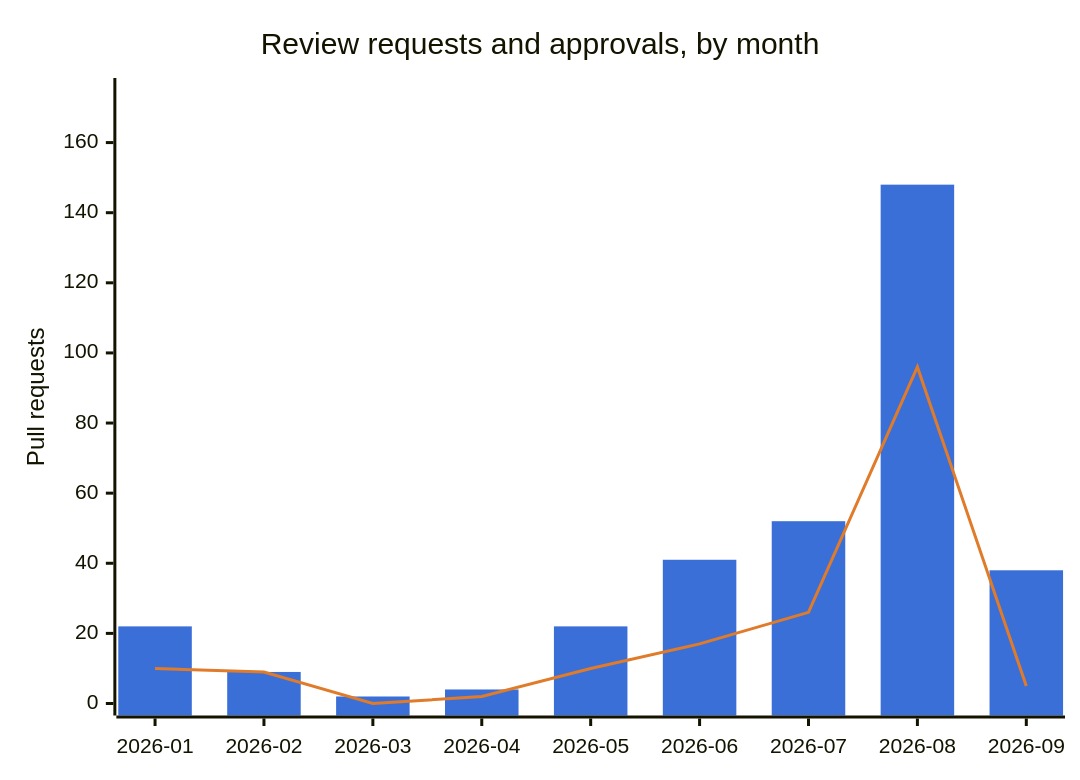
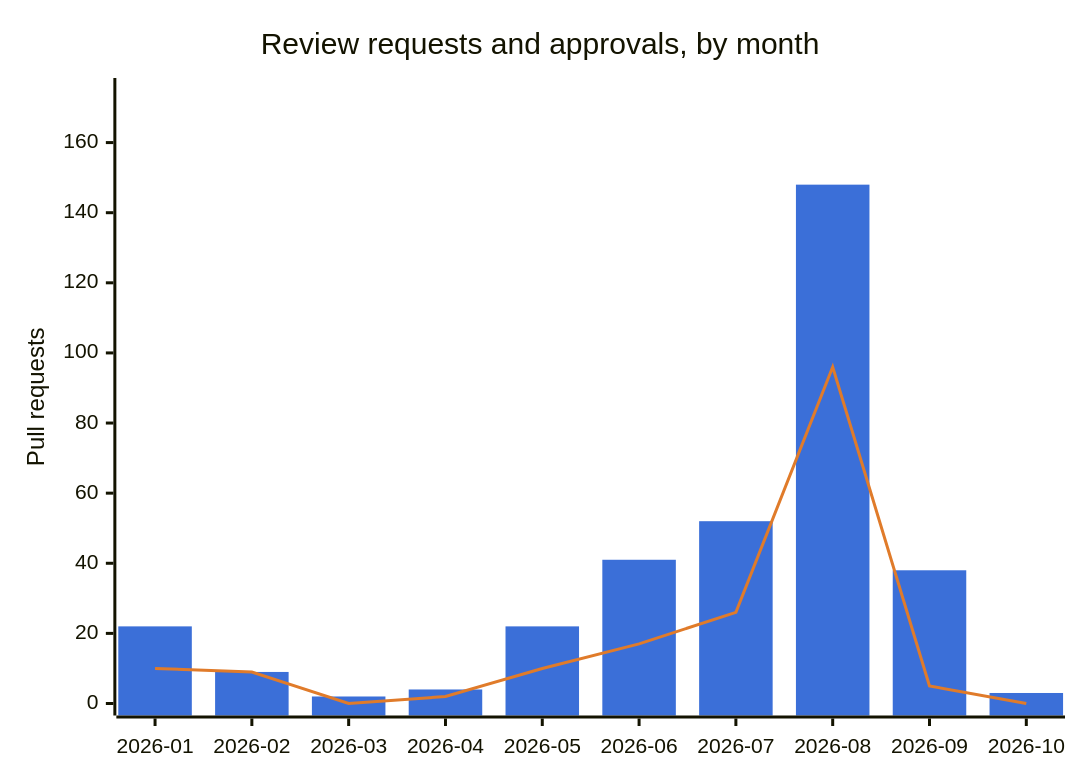
The third of 5 diagrams in docs/about/project-activity.md (xymon-monitoring/xymon-wiki), drawn with Mermaid before and after one commit. The commit also changed other lines of this file, not shown here.

````diff
--- a/docs/about/project-activity.md
+++ b/docs/about/project-activity.md
@@ -96,9 +96,9 @@
 ```mermaid
 %%{init: {"themeVariables": {"xyChart": {"plotColorPalette": "#3b6fd8, #e07b2a"}}}}%%
 xychart-beta
     title "Review requests and approvals, by month"
-    x-axis ["2026-01", "2026-02", "2026-03", "2026-04", "2026-05", "2026-06", "2026-07", "2026-08", "2026-09"]
+    x-axis ["2026-01", "2026-02", "2026-03", "2026-04", "2026-05", "2026-06", "2026-07", "2026-08", "2026-09", "2026-10"]
     y-axis "Pull requests" 0 --> 175
-    bar [22, 9, 2, 4, 22, 41, 52, 148, 38]
-    line [10, 9, 0, 2, 10, 17, 26, 96, 5]
+    bar [22, 9, 2, 4, 22, 41, 52, 148, 38, 3]
+    line [10, 9, 0, 2, 10, 17, 26, 96, 5, 0]
 ```
````
